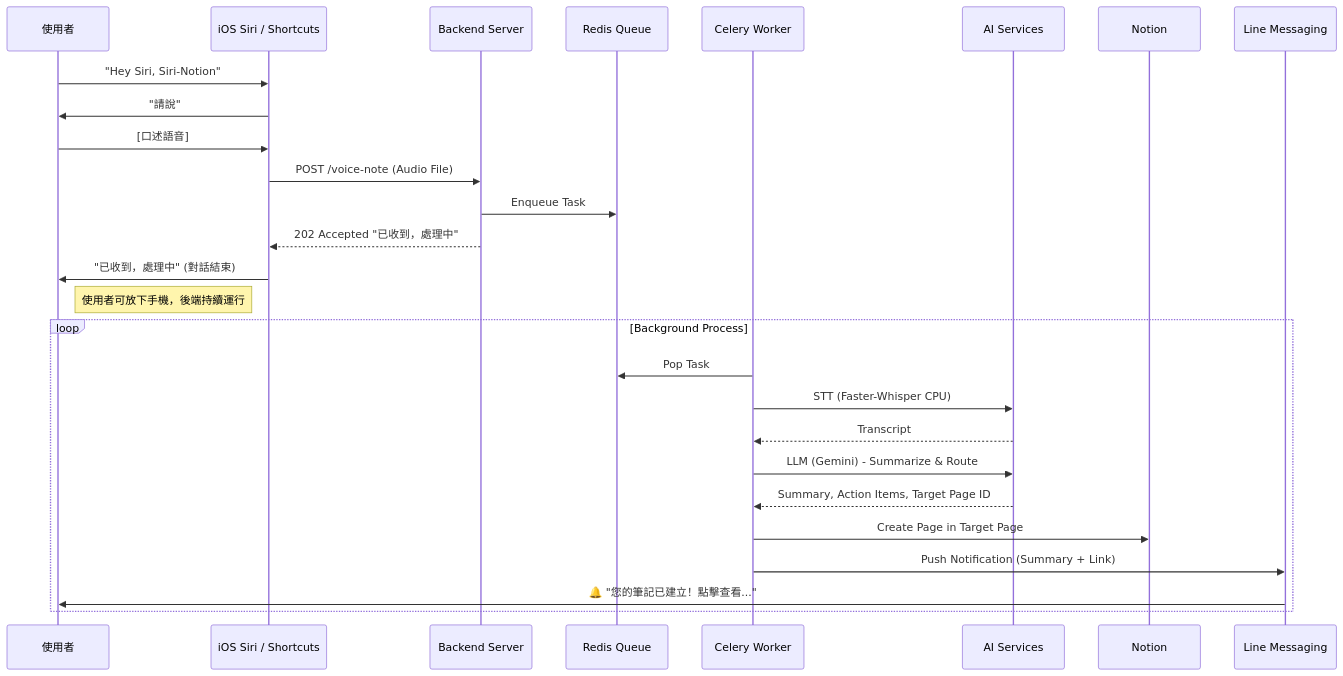
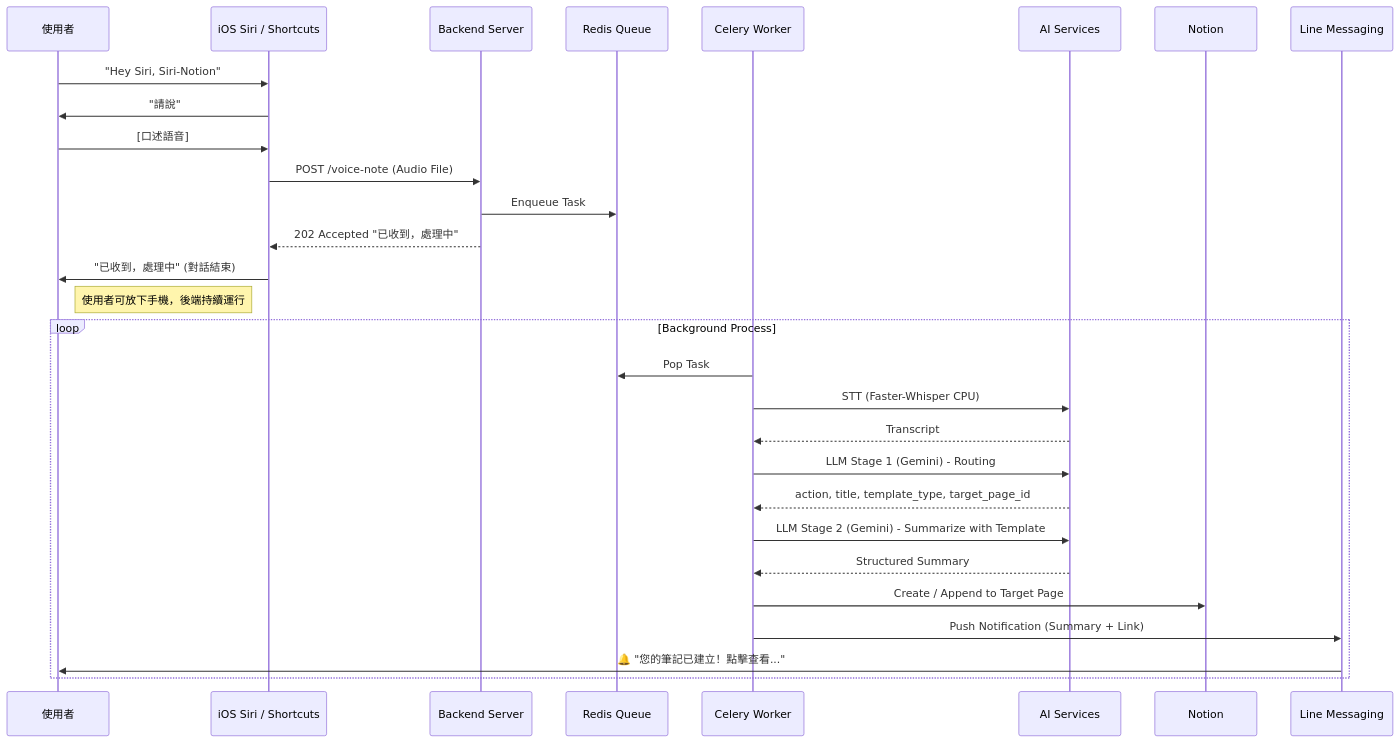
Before and after one commit to YuChieh-Chiu/Voice-Notion: the first of 2 diagrams in docs/PROJECT_REQUIREMENTS.md, drawn with Mermaid. The commit also changed other lines of this file and 3 other files, not shown here.

````diff
--- a/docs/PROJECT_REQUIREMENTS.md
+++ b/docs/PROJECT_REQUIREMENTS.md
@@ -25,32 +25,34 @@
 ```mermaid
 sequenceDiagram
     participant User as 使用者
     participant Siri as iOS Siri / Shortcuts
     participant Server as Backend Server
     participant Redis as Redis Queue
     participant Worker as Celery Worker
     participant AI as AI Services
     participant Notion as Notion
     participant Line as Line Messaging
 
     User->>Siri: "Hey Siri, Siri-Notion"
     Siri->>User: "請說"
     User->>Siri: [口述語音]
     Siri->>Server: POST /voice-note (Audio File)
     Server->>Redis: Enqueue Task
     Server-->>Siri: 202 Accepted "已收到，處理中"
     Siri->>User: "已收到，處理中" (對話結束)
 
     Note right of User: 使用者可放下手機，後端持續運行
 
     loop Background Process
         Worker->>Redis: Pop Task
         Worker->>AI: STT (Faster-Whisper CPU)
         AI-->>Worker: Transcript
-        Worker->>AI: LLM (Gemini) - Summarize & Route
-        AI-->>Worker: Summary, Action Items, Target Page ID
-        Worker->>Notion: Create Page in Target Page
+        Worker->>AI: LLM Stage 1 (Gemini) - Routing
+        AI-->>Worker: action, title, template_type, target_page_id
+        Worker->>AI: LLM Stage 2 (Gemini) - Summarize with Template
+        AI-->>Worker: Structured Summary
+        Worker->>Notion: Create / Append to Target Page
         Worker->>Line: Push Notification (Summary + Link)
         Line->>User: 🔔 "您的筆記已建立！點擊查看..."
     end
 ```
````
